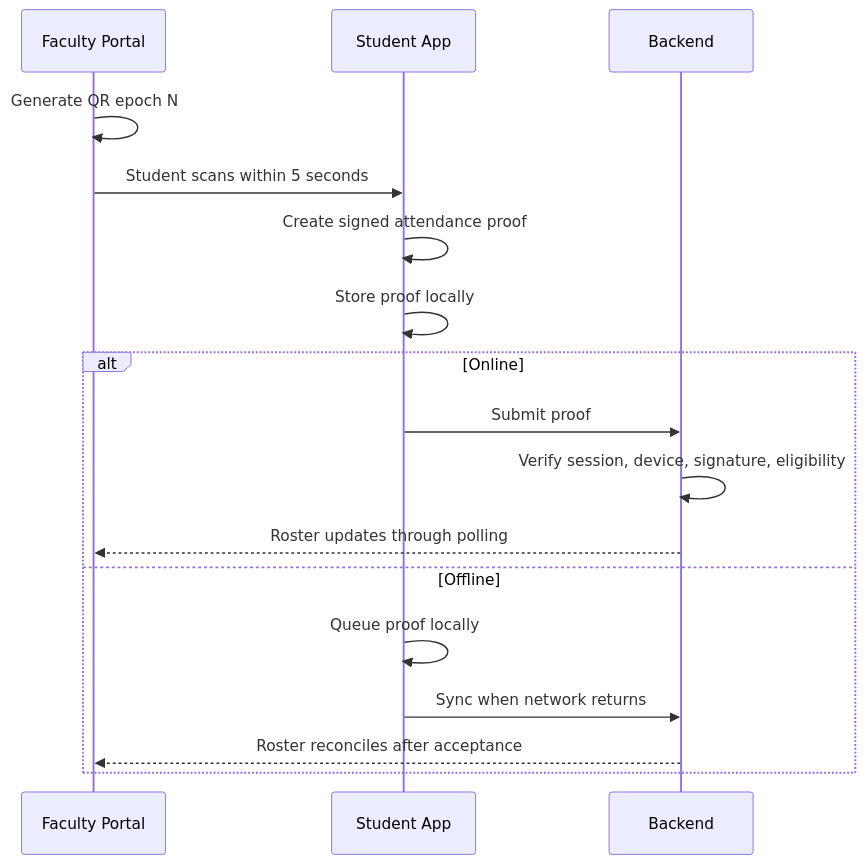
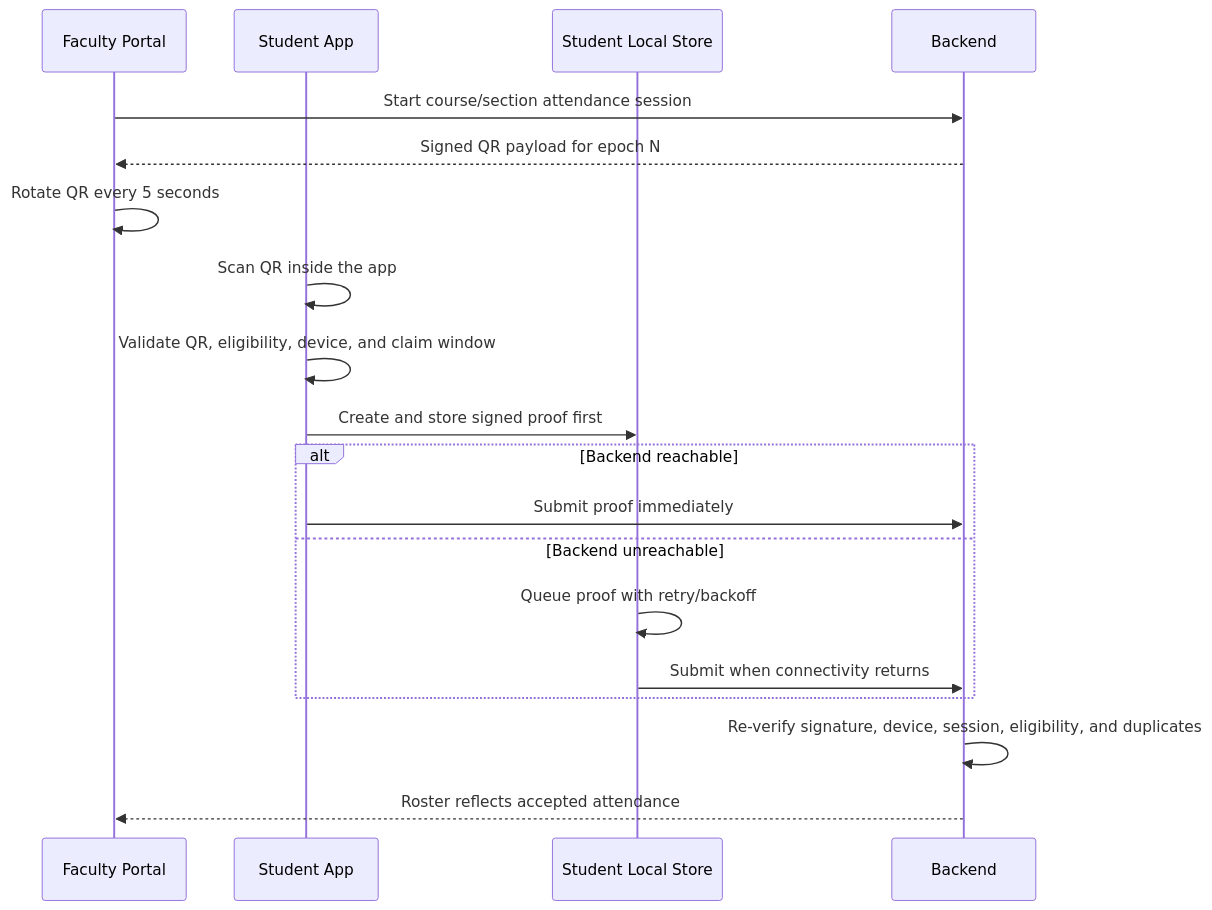
Before and after one commit to InsaneCoder789/offlineqr-attendance: the second of 3 diagrams in README.md, drawn with Mermaid. The commit also changed other lines of this file and 1 other file, not shown here.

````diff
--- a/README.md
+++ b/README.md
@@ -84,19 +54,22 @@
 ```mermaid
 sequenceDiagram
     participant F as Faculty Portal
     participant S as Student App
+    participant L as Student Local Store
     participant B as Backend
-    F->>F: Generate QR epoch N
-    F->>S: Student scans within 5 seconds
-    S->>S: Create signed attendance proof
-    S->>S: Store proof locally
-    alt Online
-        S->>B: Submit proof
-        B->>B: Verify session, device, signature, eligibility
-        B-->>F: Roster updates through polling
-    else Offline
-        S->>S: Queue proof locally
-        S->>B: Sync when network returns
-        B-->>F: Roster reconciles after acceptance
+
+    F->>B: Start course/section attendance session
+    B-->>F: Signed QR payload for epoch N
+    F->>F: Rotate QR every 5 seconds
+    S->>S: Scan QR inside the app
+    S->>S: Validate QR, eligibility, device, and claim window
+    S->>L: Create and store signed proof first
+    alt Backend reachable
+        S->>B: Submit proof immediately
+    else Backend unreachable
+        L->>L: Queue proof with retry/backoff
+        L->>B: Submit when connectivity returns
     end
+    B->>B: Re-verify signature, device, session, eligibility, and duplicates
+    B-->>F: Roster reflects accepted attendance
 ```
````
